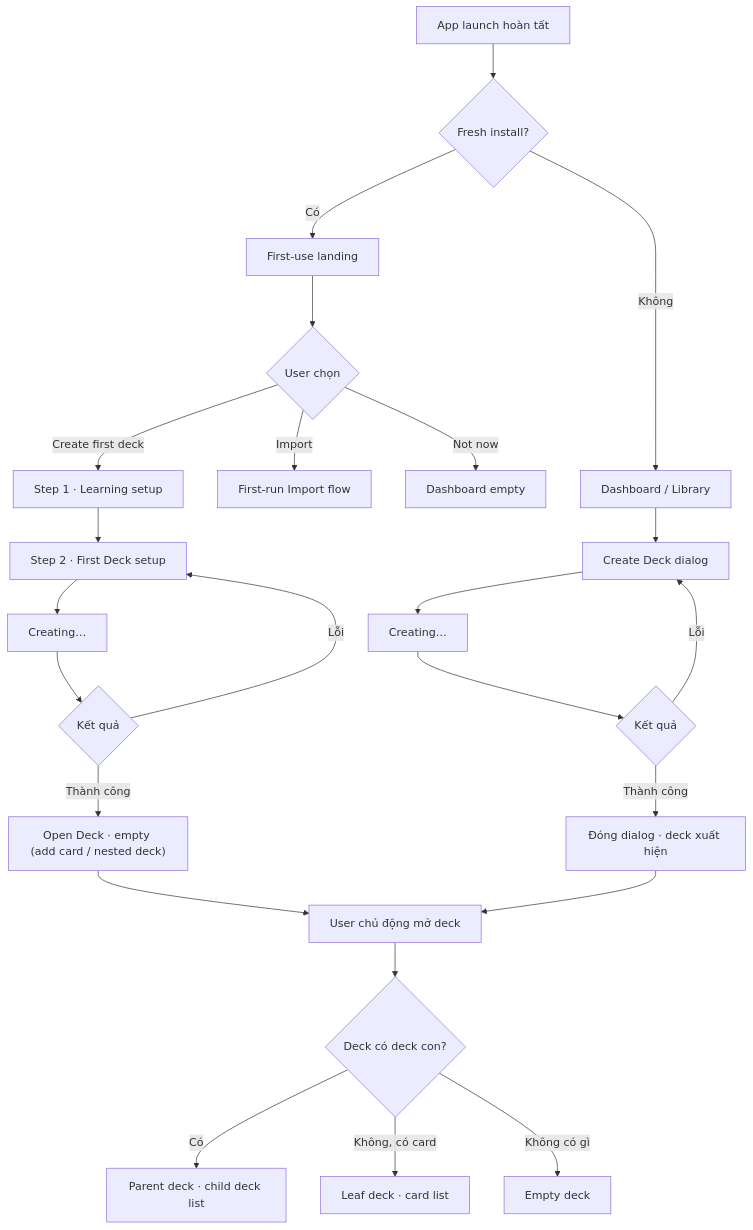
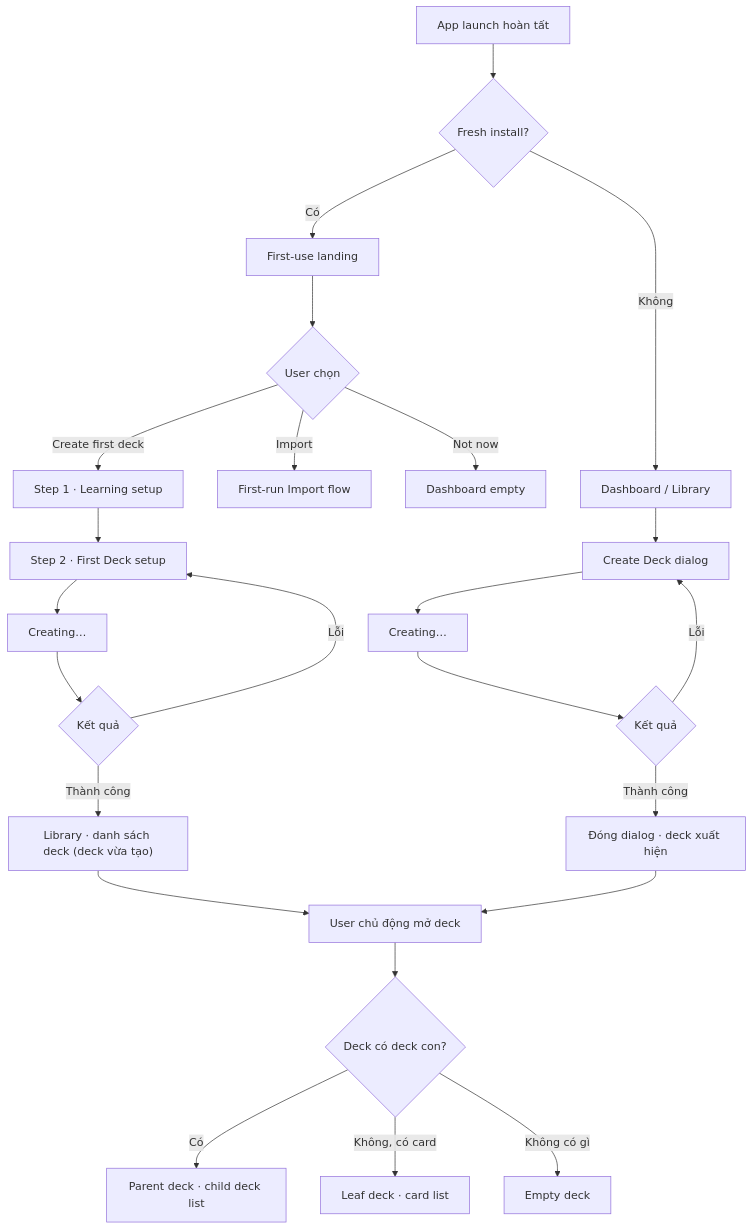
Before and after one commit to ntgptit/memox-v6: the diagram in docs/business/deck/create-deck.md, drawn with Mermaid. The commit also changed other lines of this file and 6 other files, not shown here.

First line of the commit message:
Land on the Library deck list after first-run create

````diff
--- a/docs/business/deck/create-deck.md
+++ b/docs/business/deck/create-deck.md
@@ -33,30 +33,30 @@
 ```mermaid
 flowchart TD
     A["App launch hoàn tất"] --> B{"Fresh install?"}
 
     B -- "Có" --> C["First-use landing"]
     C --> D{"User chọn"}
     D -- "Create first deck" --> E["Step 1 · Learning setup"]
     D -- "Import" --> F["First-run Import flow"]
     D -- "Not now" --> G["Dashboard empty"]
 
     E --> H["Step 2 · First Deck setup"]
     H --> I["Creating…"]
     I --> J{"Kết quả"}
     J -- "Lỗi" --> H
-    J -- "Thành công" --> K["Open Deck · empty (add card / nested deck)"]
+    J -- "Thành công" --> K["Library · danh sách deck (deck vừa tạo)"]
 
     B -- "Không" --> L["Dashboard / Library"]
     L --> M["Create Deck dialog"]
     M --> N["Creating…"]
     N --> O{"Kết quả"}
     O -- "Lỗi" --> M
     O -- "Thành công" --> P["Đóng dialog · deck xuất hiện"]
 
     K --> Q["User chủ động mở deck"]
     P --> Q
     Q --> R{"Deck có deck con?"}
     R -- "Có" --> S["Parent deck · child deck list"]
     R -- "Không, có card" --> T["Leaf deck · card list"]
     R -- "Không có gì" --> U["Empty deck"]
 ```
````
